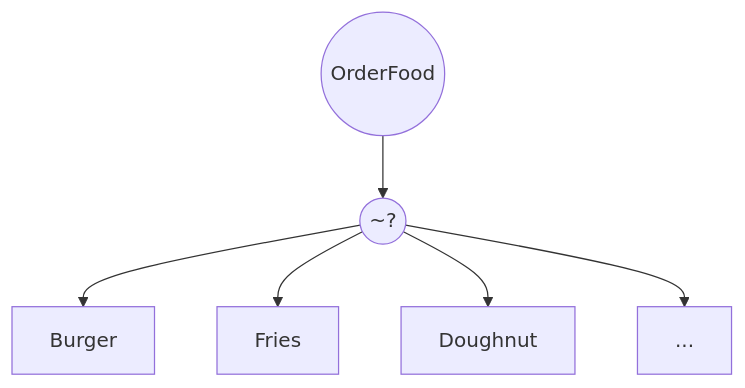
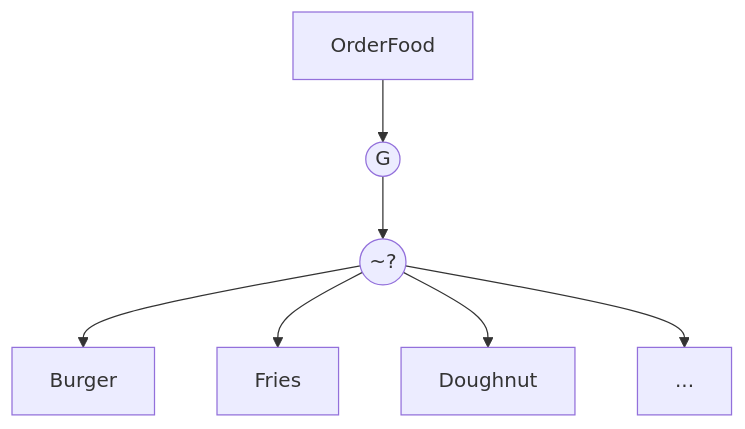
The second of 5 diagrams in README.md (LauraWangQiu/IAV24-WangQiu), drawn with Mermaid before and after one commit. The commit also changed other lines of this file and 1 other file, not shown here.

````diff
--- a/README.md
+++ b/README.md
@@ -85,8 +85,9 @@
 ```mermaid
 flowchart TD
-    A(("OrderFood")) --> B(("~?"))
+    Z[OrderFood] -->A
+    A(("G")) --> B(("~?"))
     B -->C[Burger]
     B -->D[Fries]
     B -->E[Doughnut]
     B -->F[...]
 ```
````
